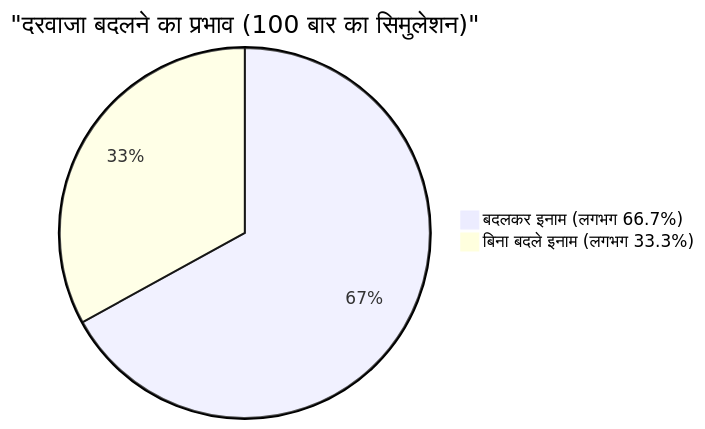
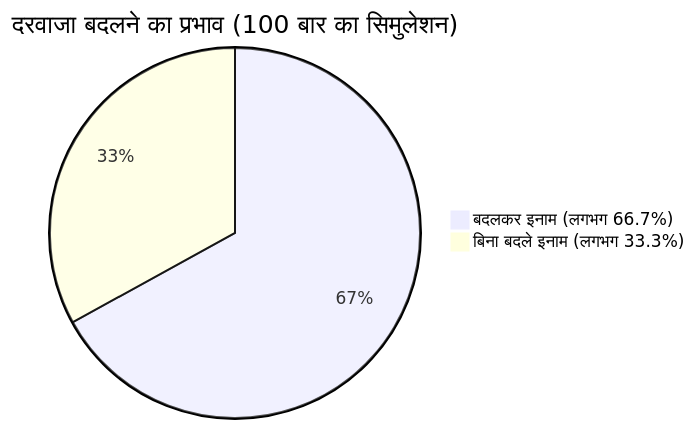
The second of 2 diagrams in content/post/モンティ・ホール問題/index.hi.md (kenjinote/blog), drawn with Mermaid before and after one commit. The commit also changed other lines of this file and 703 other files, not shown here.

Commit message:
Fix: Remove quotes from Mermaid link texts and timeline definitions to support Mermaid 11.4.1

````diff
--- a/content/post/モンティ・ホール問題/index.hi.md
+++ b/content/post/モンティ・ホール問題/index.hi.md
@@ -162,5 +162,5 @@
 ```mermaid
-pie title "दरवाजा बदलने का प्रभाव (100 बार का सिमुलेशन)"
+pie title दरवाजा बदलने का प्रभाव (100 बार का सिमुलेशन)
     "बदलकर इनाम (लगभग 66.7%)" : 67
     "बिना बदले इनाम (लगभग 33.3%)" : 33
 ```
````
